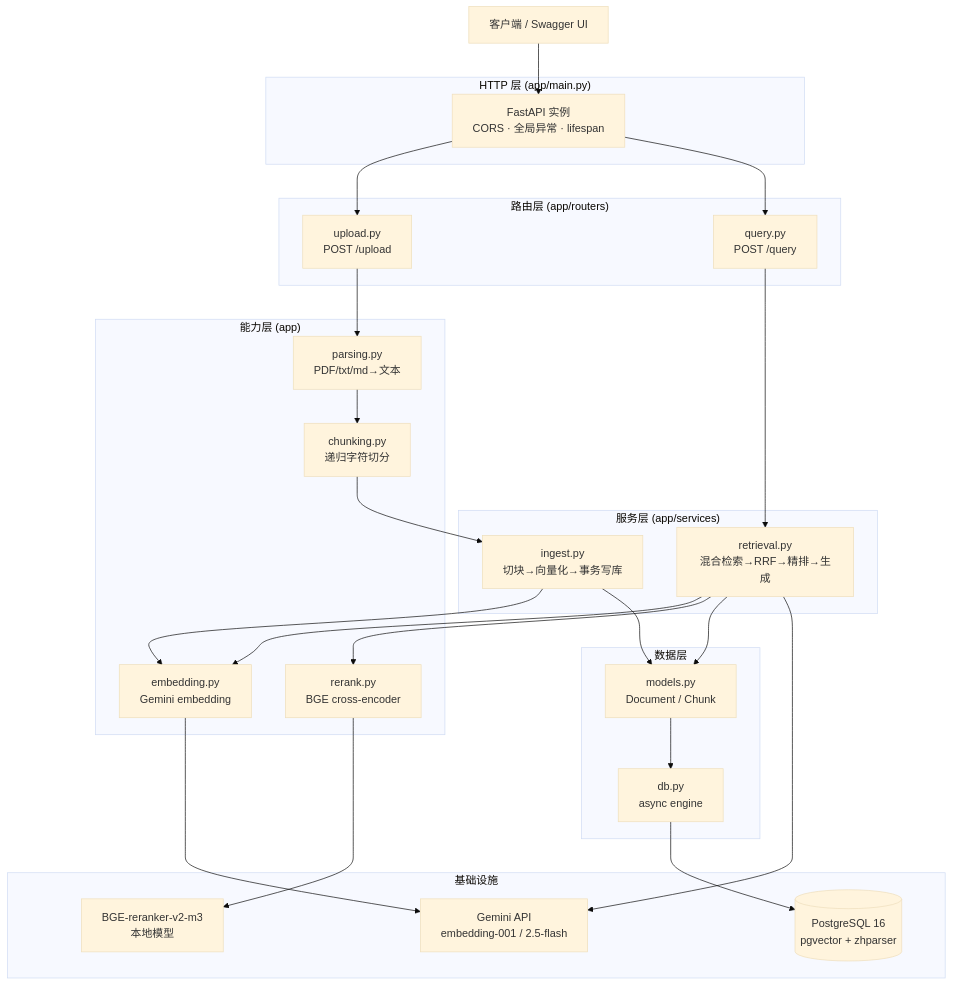
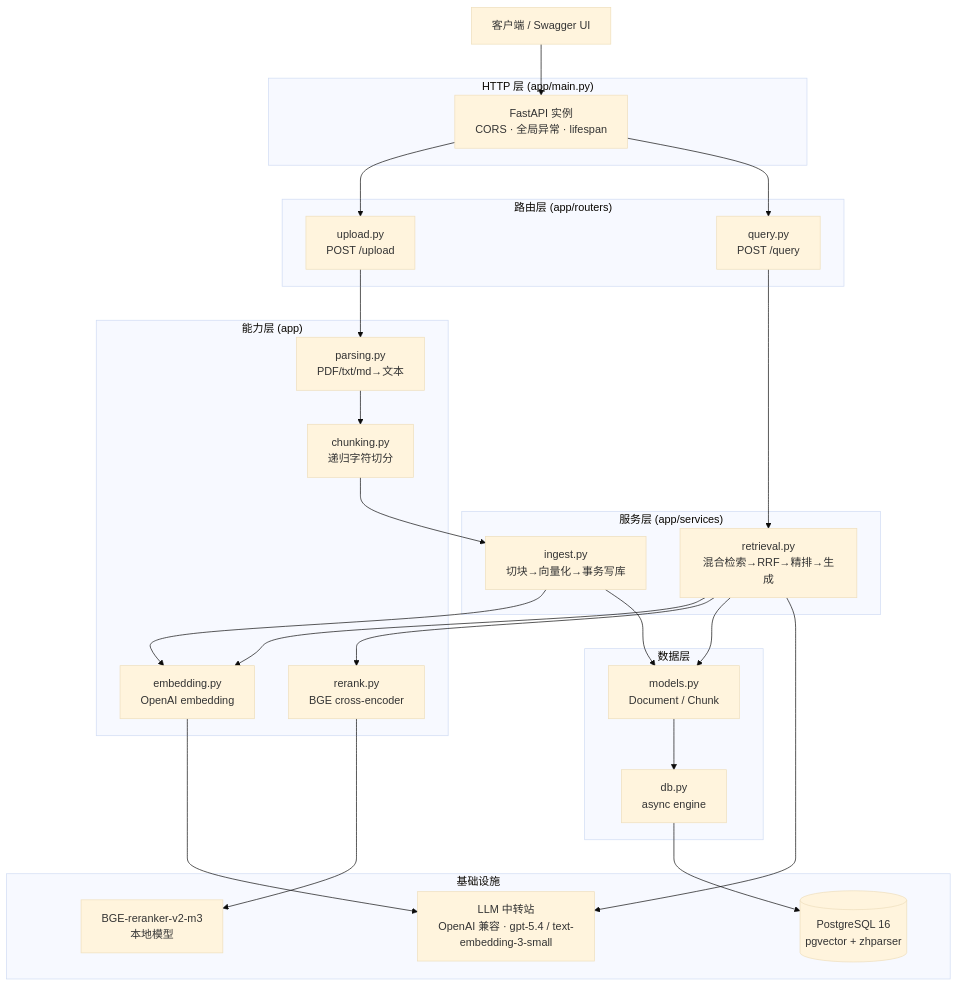
The first of 4 diagrams in 0607-rag-service/docs/ARCHITECTURE.md (BryanLi93/ai-practise), drawn with Mermaid (base theme) before and after one commit. The commit also changed other lines of this file and 14 other files, not shown here.

First line of the commit message:
feat: Migrate RAG service from Gemini to OpenAI compatible proxy

````diff
--- a/0607-rag-service/docs/ARCHITECTURE.md
+++ b/0607-rag-service/docs/ARCHITECTURE.md
@@ -7,46 +7,46 @@
 ```mermaid
 graph TD
     Client[客户端 / Swagger UI]
 
     subgraph HTTP["HTTP 层 (app/main.py)"]
         FastAPI[FastAPI 实例<br/>CORS · 全局异常 · lifespan]
     end
 
     subgraph Router["路由层 (app/routers)"]
         Upload[upload.py<br/>POST /upload]
         Query[query.py<br/>POST /query]
     end
 
     subgraph Service["服务层 (app/services)"]
         Ingest[ingest.py<br/>切块→向量化→事务写库]
         Retrieval[retrieval.py<br/>混合检索→RRF→精排→生成]
     end
 
     subgraph Capability["能力层 (app)"]
         Parsing[parsing.py<br/>PDF/txt/md→文本]
         Chunking[chunking.py<br/>递归字符切分]
-        Embedding[embedding.py<br/>Gemini embedding]
+        Embedding[embedding.py<br/>OpenAI embedding]
         Rerank[rerank.py<br/>BGE cross-encoder]
     end
 
     subgraph Data["数据层"]
         Models[models.py<br/>Document / Chunk]
         DB[db.py<br/>async engine]
     end
 
     subgraph Infra["基础设施"]
         PG[(PostgreSQL 16<br/>pgvector + zhparser)]
-        Gemini[Gemini API<br/>embedding-001 / 2.5-flash]
+        Gemini[LLM 中转站<br/>OpenAI 兼容 · gpt-5.4 / text-embedding-3-small]
         BGE[BGE-reranker-v2-m3<br/>本地模型]
     end
 
     Client --> FastAPI --> Upload & Query
     Upload --> Parsing --> Chunking --> Ingest
     Query --> Retrieval
     Ingest --> Embedding & Models
     Retrieval --> Embedding & Rerank & Models
     Embedding --> Gemini
     Rerank --> BGE
     Models --> DB --> PG
     Retrieval --> Gemini
 ```
````
